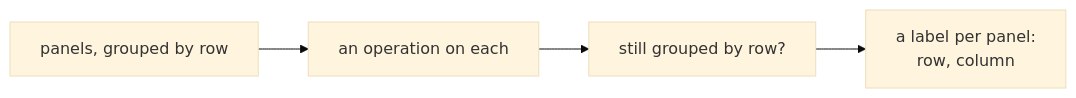
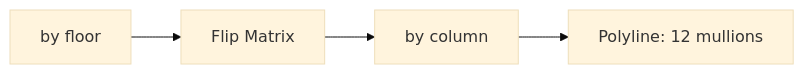
The third of 5 diagrams in Lecture/Week_08/goals.md (rccn-teaching/cdf), drawn with Mermaid (base theme) before and after one commit. The commit also changed other lines of this file and 23 other files, not shown here.

Commit message:
Refactor lecture materials for Weeks 13-15: update README and goals to enhance clarity and structure; adjust session objectives and commands; improve flowcharts and voting processes for better engagement and understanding.

````diff
--- a/Lecture/Week_08/goals.md
+++ b/Lecture/Week_08/goals.md
@@ -32,6 +57,8 @@
 ```mermaid
 flowchart LR
-    Q["panels, grouped by row"] --> O["an operation on each"]
-    O --> K["still grouped by row?"]
-    K --> L["a label per panel:<br/>row, column"]
+    R0["by floor"]
+    F1["Flip Matrix"]
+    C2["by column"]
+    P3["Polyline: 12 mullions"]
+    R0 --> F1 --> C2 --> P3
 ```
````
